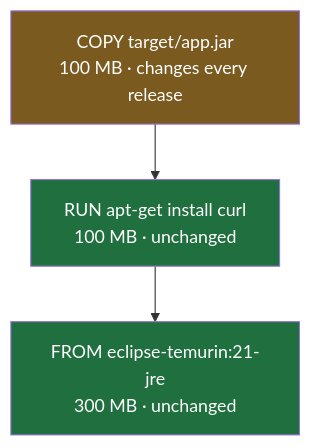
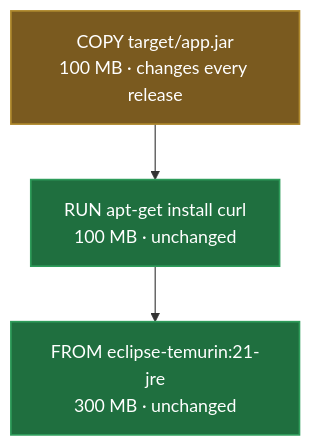
Before and after one commit to Dummy-Bug/system-design-handbook: the fourth of 5 diagrams in Devops/07-Docker/03-The-Dockerfile.md, drawn with Mermaid. The commit also changed other lines of this file and 5 other files, not shown here.

````diff
--- a/Devops/07-Docker/03-The-Dockerfile.md
+++ b/Devops/07-Docker/03-The-Dockerfile.md
@@ -216,8 +215,9 @@
 ```mermaid
 flowchart TB
     C["COPY target/app.jar<br/>100 MB · changes every release"] --> B["RUN apt-get install curl<br/>100 MB · unchanged"]
     B --> A["FROM eclipse-temurin:21-jre<br/>300 MB · unchanged"]
-    style C fill:#7a5a1f,color:#fff
-    style B fill:#1f6f3f,color:#fff
-    style A fill:#1f6f3f,color:#fff
+    classDef good fill:#1f6f3f,stroke:#2e9c5a,stroke-width:1.5px,color:#fff
+    classDef step fill:#7a5a1f,stroke:#b08a2e,stroke-width:1.5px,color:#fff
+    class B,A good
+    class C step
 ```
````
